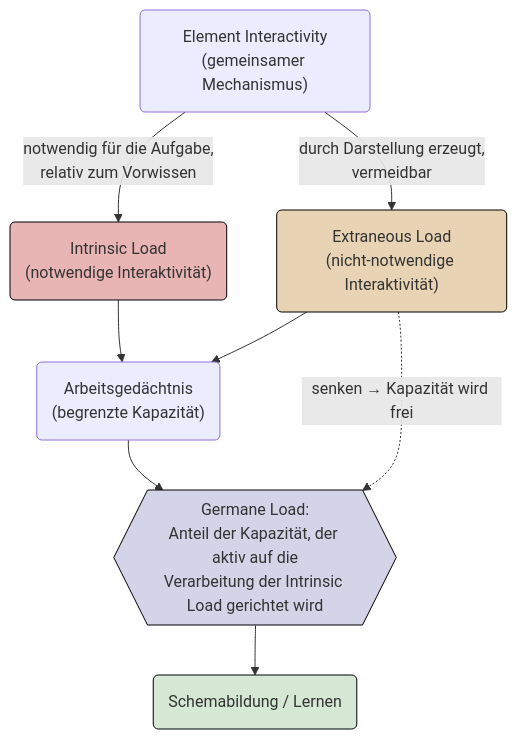
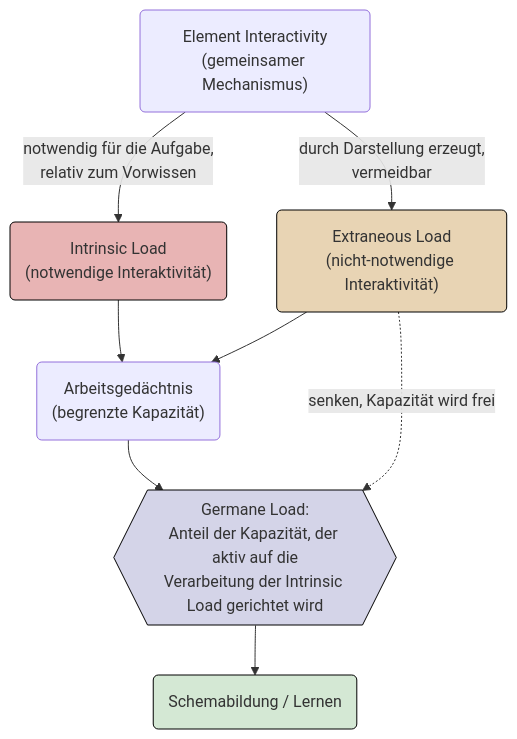
The fourth of 4 diagrams in content/posts/2026/was-ist-cognitive-load-und-wie-koennen-wir-sie-reduzieren/index.adoc (obfischer/home-page-oliver-fischer-dev), drawn with Mermaid before and after one commit. The commit also changed other lines of this file, not shown here.

```diff
--- a/content/posts/2026/was-ist-cognitive-load-und-wie-koennen-wir-sie-reduzieren/index.adoc
+++ b/content/posts/2026/was-ist-cognitive-load-und-wie-koennen-wir-sie-reduzieren/index.adoc
@@ -537,20 +537,20 @@
 [mermaid, format=svg, background=00000000]
 ....
 flowchart TD
     EI("Element Interactivity<br/>(gemeinsamer Mechanismus)")
     EI -->|notwendig für die Aufgabe,<br/>relativ zum Vorwissen| IL("Intrinsic Load<br/>(notwendige Interaktivität)")
     EI -->|durch Darstellung erzeugt,<br/>vermeidbar| EL("Extraneous Load<br/>(nicht-notwendige Interaktivität)")
 
     IL --> WM("Arbeitsgedächtnis<br/>(begrenzte Kapazität)")
     EL --> WM
 
     WM --> GL{{"Germane Load:<br/>Anteil der Kapazität, der aktiv auf die<br/>Verarbeitung der Intrinsic Load gerichtet wird"}}
     GL --> SCH("Schemabildung / Lernen")
 
-    EL -.->|"senken → Kapazität wird frei"| GL
+    EL -.->|"senken, Kapazität wird frei"| GL
 
     style IL fill:#e8b4b4,stroke:#000
     style GL fill:#d4d4e8,stroke:#000
     style SCH fill:#d4e8d4,stroke:#000
     style EL fill:#e8d4b4,stroke:#000
 ....
```
